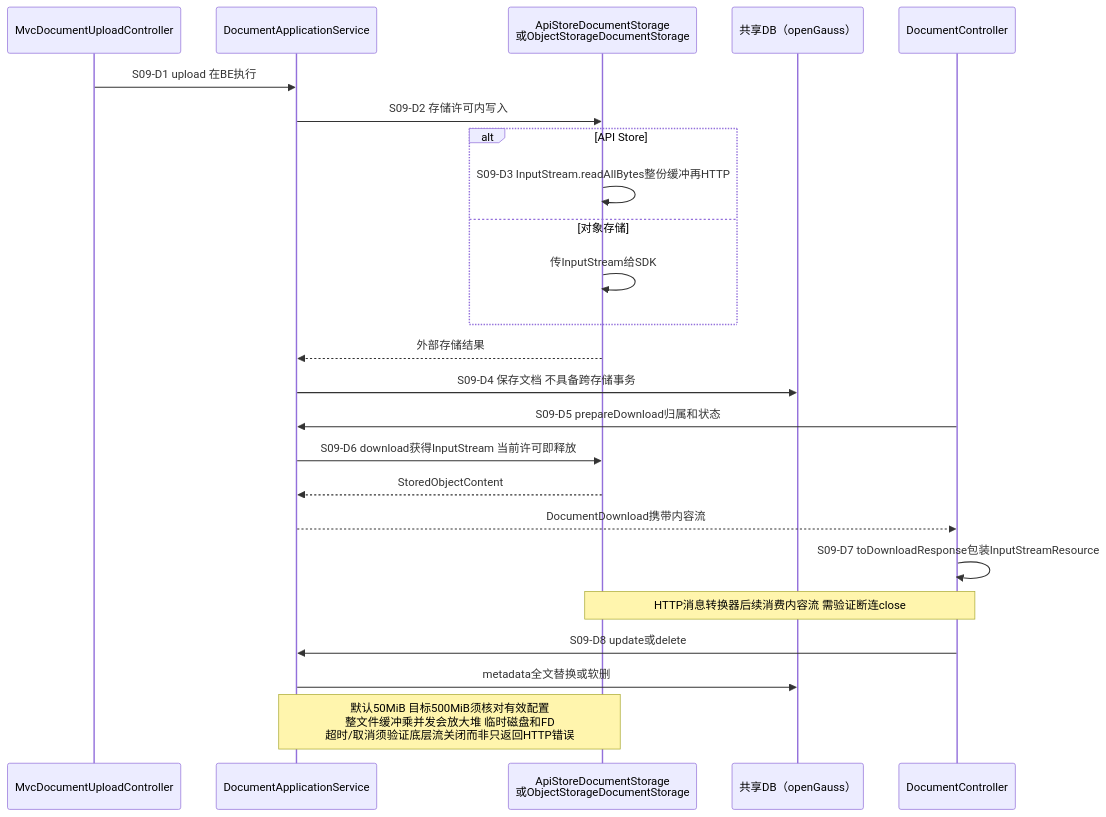
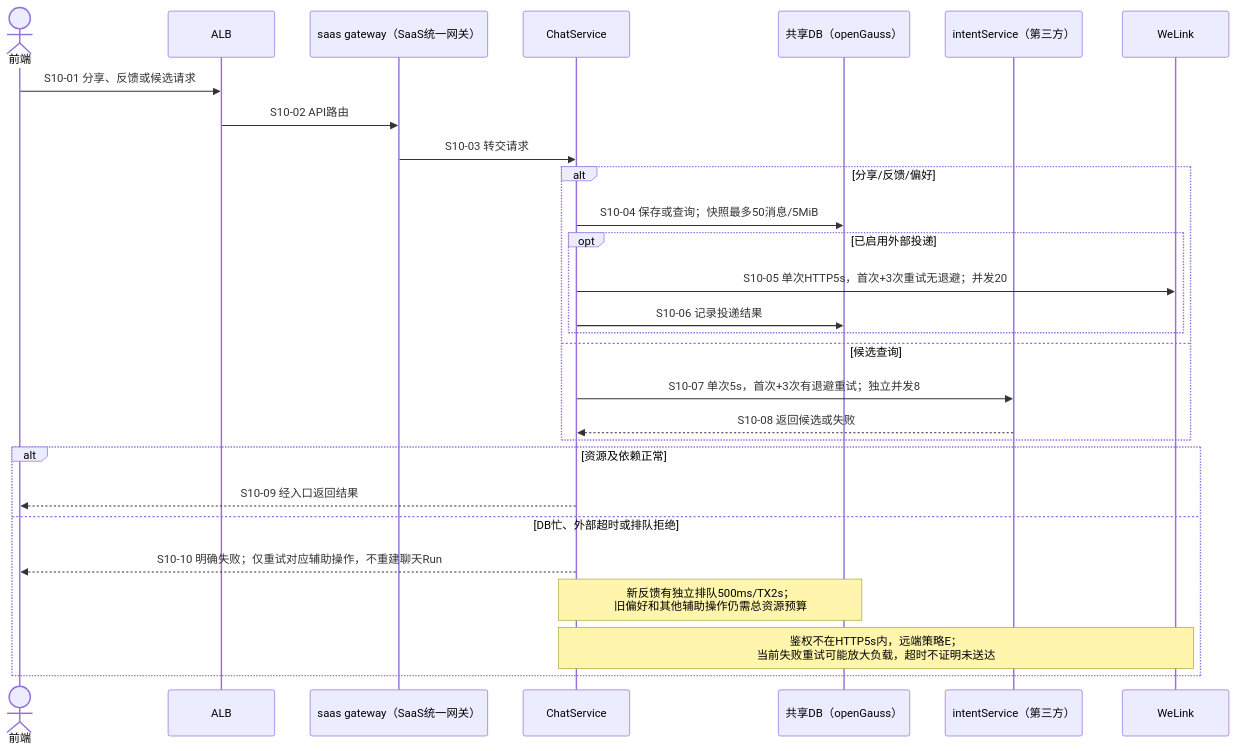
One commit to kunben-duck/exweb changed the tenth of 12 diagrams in docs/architecture/high-availability/scenarios.md. Above: the diagram before and after it, drawn with Mermaid. The commit also changed other lines of this file and 8 other files, not shown here.

````diff
--- a/docs/architecture/high-availability/scenarios.md
+++ b/docs/architecture/high-availability/scenarios.md
@@ -850,26 +471,30 @@
 ```mermaid
 sequenceDiagram
-    participant MVC as MvcDocumentUploadController
-    participant DOC as DocumentApplicationService
-    participant STORE as ApiStoreDocumentStorage<br/>或ObjectStorageDocumentStorage
+actor WEB as 前端
+    participant ALB
+    participant GW as saas gateway（SaaS统一网关）
+    participant CHAT as ChatService
     participant DB as 共享DB（openGauss）
-    participant API as DocumentController
-    MVC->>DOC: S09-D1 upload 在BE执行
-    DOC->>STORE: S09-D2 存储许可内写入
-    alt API Store
-        STORE->>STORE: S09-D3 InputStream.readAllBytes整份缓冲再HTTP
-    else 对象存储
-        STORE->>STORE: 传InputStream给SDK
+    participant INTENT as intentService（第三方）
+    participant WELINK as WeLink
+    WEB->>ALB: S10-01 分享、反馈或候选请求
+    ALB->>GW: S10-02 API路由
+    GW->>CHAT: S10-03 转交请求
+    alt 分享/反馈/偏好
+        CHAT->>DB: S10-04 保存或查询；快照最多50消息/5MiB
+        opt 已启用外部投递
+            CHAT->>WELINK: S10-05 单次HTTP5s，首次+3次重试无退避；并发20
+            CHAT->>DB: S10-06 记录投递结果
+        end
+    else 候选查询
+        CHAT->>INTENT: S10-07 单次5s，首次+3次有退避重试；独立并发8
+        INTENT-->>CHAT: S10-08 返回候选或失败
     end
-    STORE-->>DOC: 外部存储结果
-    DOC->>DB: S09-D4 保存文档 不具备跨存储事务
-    API->>DOC: S09-D5 prepareDownload归属和状态
-    DOC->>STORE: S09-D6 download获得InputStream 当前许可即释放
-    STORE-->>DOC: StoredObjectContent
-    DOC-->>API: DocumentDownload携带内容流
-    API->>API: S09-D7 toDownloadResponse包装InputStreamResource
-    Note over API,STORE: HTTP消息转换器后续消费内容流 需验证断连close
-    API->>DOC: S09-D8 update或delete
-    DOC->>DB: metadata全文替换或软删
-    Note over DOC,STORE: 默认50MiB 目标500MiB须核对有效配置<br/>整文件缓冲乘并发会放大堆 临时磁盘和FD<br/>超时/取消须验证底层流关闭而非只返回HTTP错误
+    alt 资源及依赖正常
+        CHAT-->>WEB: S10-09 经入口返回结果
+    else DB忙、外部超时或排队拒绝
+        CHAT-->>WEB: S10-10 明确失败；仅重试对应辅助操作，不重建聊天Run
+        Note over CHAT,DB: 新反馈有独立排队500ms/TX2s；<br/>旧偏好和其他辅助操作仍需总资源预算
+        Note over CHAT,WELINK: 鉴权不在HTTP5s内，远端策略E；<br/>当前失败重试可能放大负载，超时不证明未送达
+    end
 ```
````
